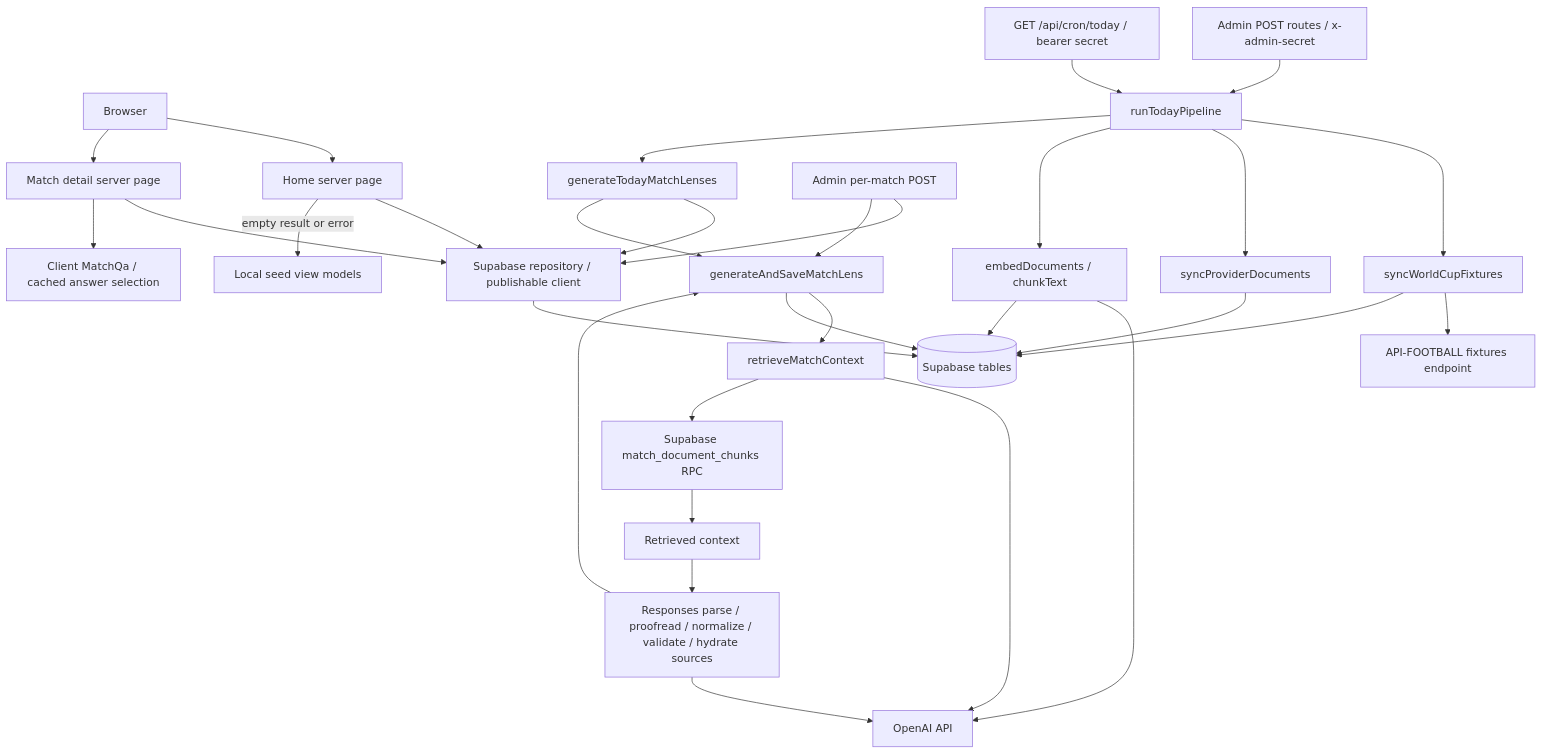
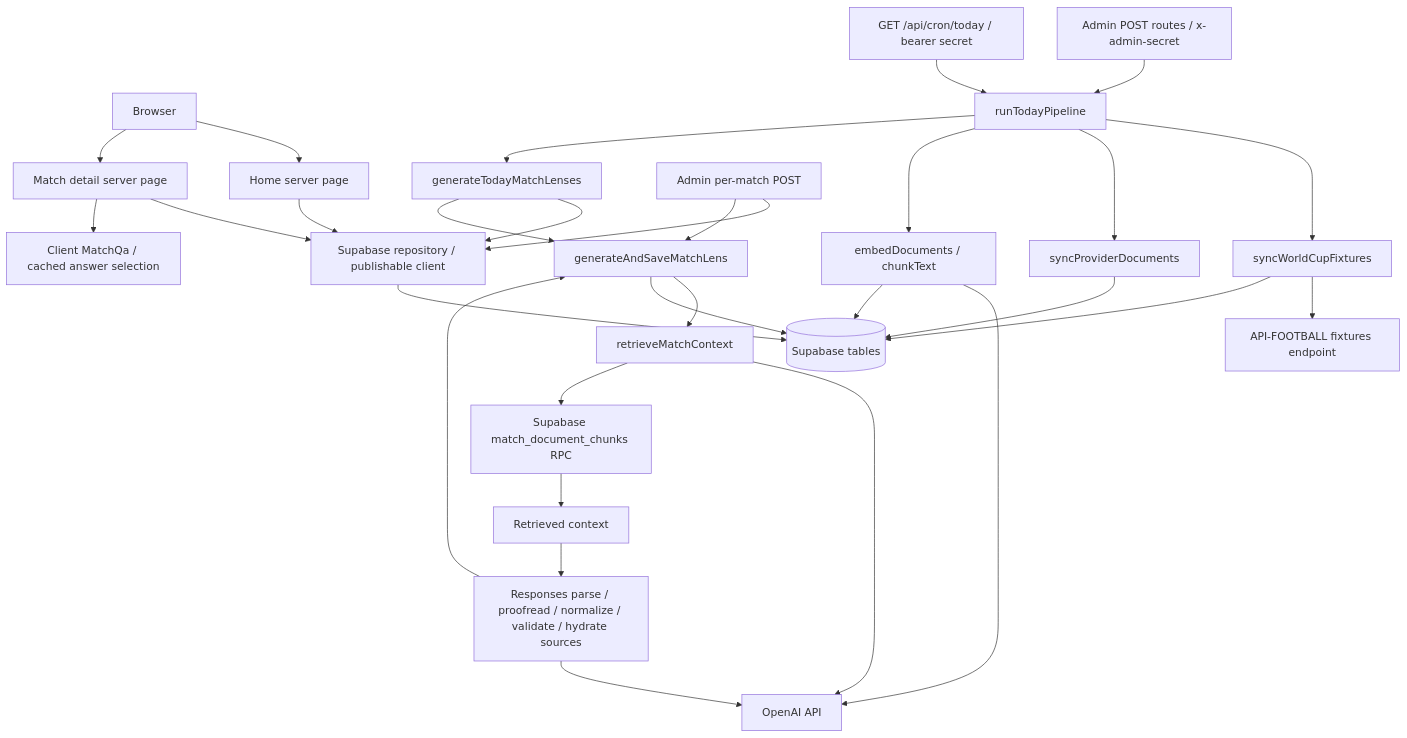
The first of 2 diagrams in docs/architecture.md (jeffreymutethia/world-cup-lens), drawn with Mermaid before and after one commit. The commit also changed other lines of this file and 25 other files, not shown here.

````diff
--- a/docs/architecture.md
+++ b/docs/architecture.md
@@ -7,33 +7,32 @@
 ```mermaid
 flowchart TD
   Browser[Browser] --> Home[Home server page]
   Browser --> Detail[Match detail server page]
   Home --> Repo[Supabase repository / publishable client]
   Detail --> Repo
-  Home -->|empty result or error| Seed[Local seed view models]
   Repo --> DB[(Supabase tables)]
   Detail --> QA[Client MatchQa / cached answer selection]
   Admin[Admin POST routes / x-admin-secret] --> Pipeline[runTodayPipeline]
   Cron[GET /api/cron/today / bearer secret] --> Pipeline
   Pipeline --> Fixtures[syncWorldCupFixtures]
   Fixtures --> Provider[API-FOOTBALL fixtures endpoint]
   Fixtures --> DB
   Pipeline --> Docs[syncProviderDocuments]
   Docs --> DB
   Pipeline --> Embed[embedDocuments / chunkText]
   Embed --> OpenAI[OpenAI API]
   Embed --> DB
   Pipeline --> Today[generateTodayMatchLenses]
   Today --> Repo
   Today --> Save[generateAndSaveMatchLens]
   Single[Admin per-match POST] --> Repo
   Single --> Save
   Save --> Retrieval[retrieveMatchContext]
   Retrieval --> OpenAI
   Retrieval --> RPC[Supabase match_document_chunks RPC]
   RPC --> Context[Retrieved context]
   Context --> Generate[Responses parse / proofread / normalize / validate / hydrate sources]
   Generate --> OpenAI
   Generate --> Save
   Save --> DB
 ```
````
